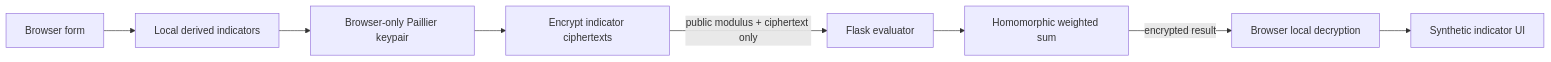
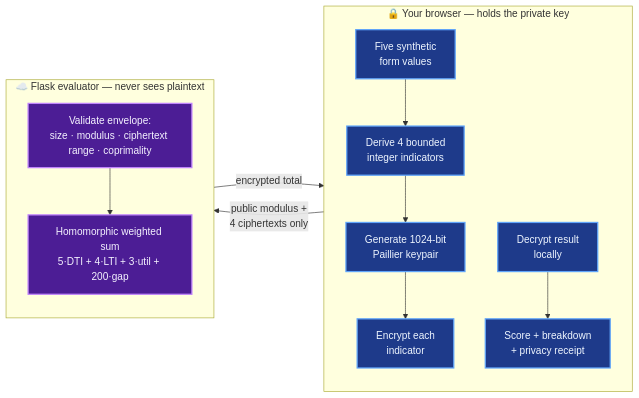
The diagram in README.md (abheet19/ShieldAI), drawn with Mermaid before and after one commit. The commit also changed other lines of this file and 4 other files, not shown here.

````diff
--- a/README.md
+++ b/README.md
@@ -40,10 +90,23 @@
 ```mermaid
 flowchart LR
-  U[Browser form] --> D[Local derived indicators]
-  D --> K[Browser-only Paillier keypair]
-  K --> E[Encrypt indicator ciphertexts]
-  E -->|public modulus + ciphertext only| F[Flask evaluator]
-  F --> H[Homomorphic weighted sum]
-  H -->|encrypted result| B[Browser local decryption]
-  B --> V[Synthetic indicator UI]
+  subgraph BROWSER["🔒 Your browser — holds the private key"]
+    direction TB
+    F[Five synthetic<br/>form values] --> D[Derive 4 bounded<br/>integer indicators]
+    D --> K[Generate 1024-bit<br/>Paillier keypair]
+    K --> E[Encrypt each<br/>indicator]
+    R[Decrypt result<br/>locally] --> UI[Score + breakdown<br/>+ privacy receipt]
+  end
+
+  subgraph SERVER["☁️ Flask evaluator — never sees plaintext"]
+    direction TB
+    V[Validate envelope:<br/>size · modulus · ciphertext range · coprimality] --> H["Homomorphic weighted sum<br/>5·DTI + 4·LTI + 3·util + 200·gap"]
+  end
+
+  E -->|"public modulus +<br/>4 ciphertexts only"| V
+  H -->|"encrypted total"| R
+
+  classDef browser fill:#1e3a8a,stroke:#60a5fa,stroke-width:2px,color:#eff6ff;
+  classDef server fill:#4c1d95,stroke:#c084fc,stroke-width:2px,color:#f5f3ff;
+  class F,D,K,E,R,UI browser;
+  class V,H server;
 ```
````
